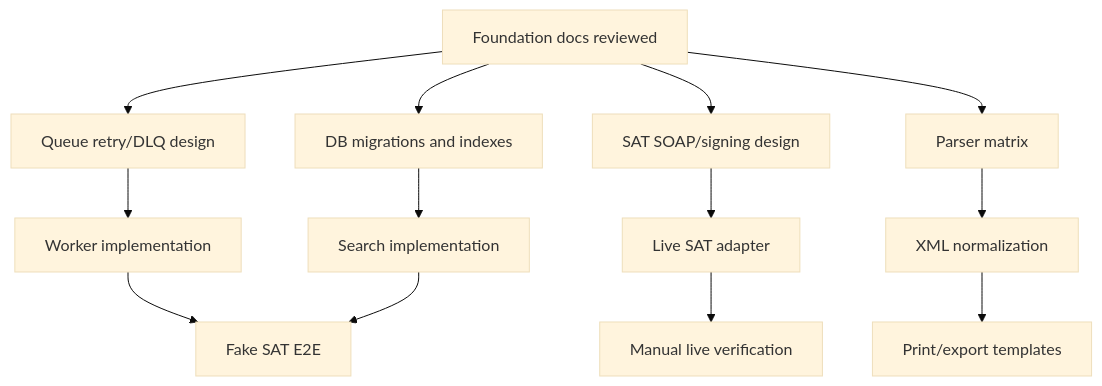
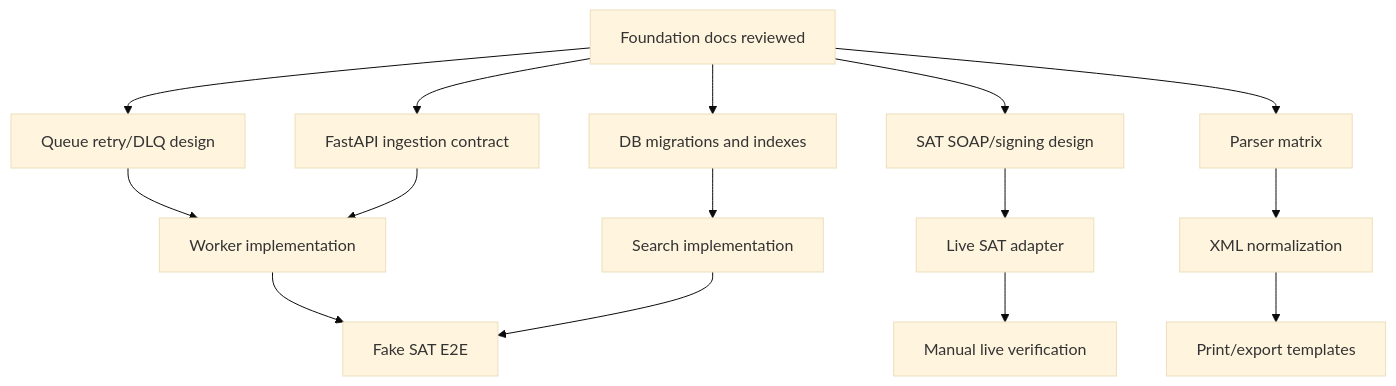
One commit to Crls8a/cfdi-vault-mx changed the diagram in docs/foundation/delegation-plan.md. Above: the diagram before and after it, drawn with Mermaid (base theme). The commit also changed other lines of this file and 27 other files, not shown here.

Commit message:
docs(architecture): document postgres queue api contract

````diff
--- a/docs/foundation/delegation-plan.md
+++ b/docs/foundation/delegation-plan.md
@@ -7,15 +7,17 @@
 ```mermaid
 flowchart TD
     F["Foundation docs reviewed"] --> DB["DB migrations and indexes"]
     F --> Q["Queue retry/DLQ design"]
+    F --> API["FastAPI ingestion contract"]
     F --> SAT["SAT SOAP/signing design"]
     F --> Parser["Parser matrix"]
     DB --> Search["Search implementation"]
     Q --> Workers["Worker implementation"]
+    API --> Workers
     SAT --> Live["Live SAT adapter"]
     Parser --> XML["XML normalization"]
     XML --> Print["Print/export templates"]
     Workers --> E2E["Fake SAT E2E"]
     Search --> E2E
     Live --> Manual["Manual live verification"]
 ```
````
